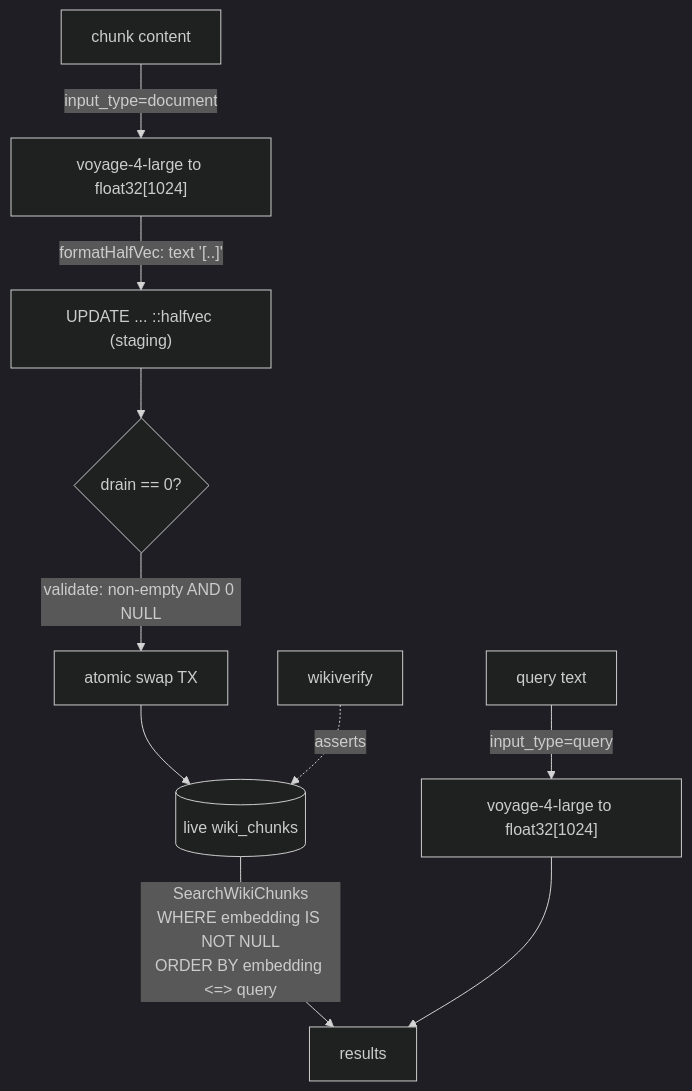
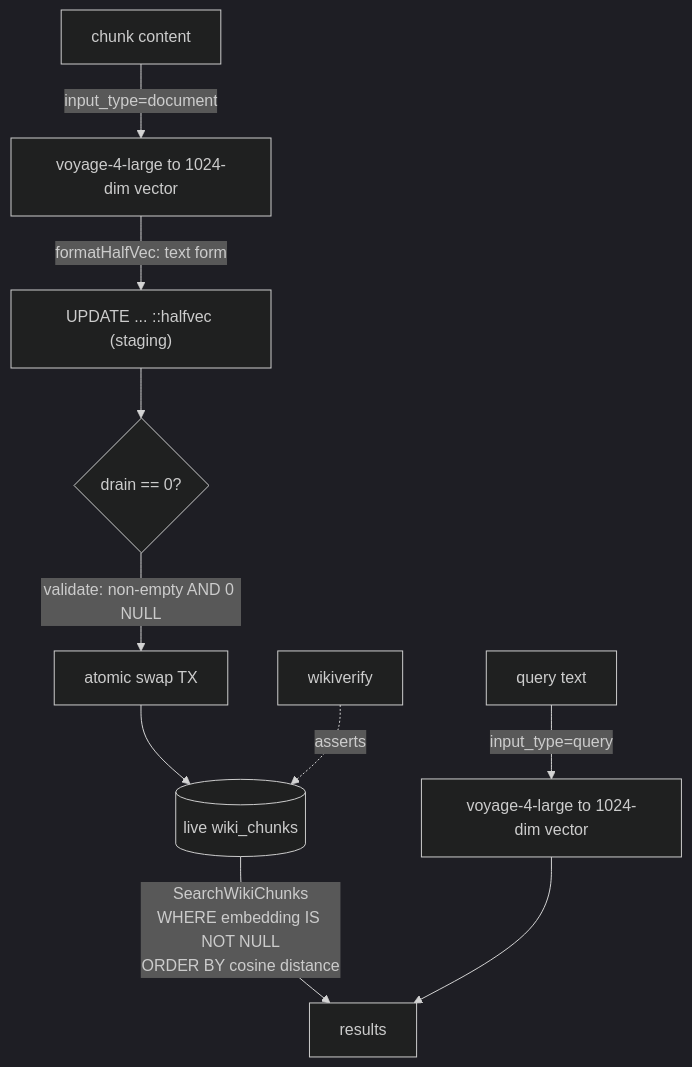
Before and after one commit to verovec/truth-in-stream: the fourth of 4 diagrams in docs/ingestion-pipeline.md, drawn with Mermaid (dark theme). The commit also changed other lines of this file and 1 other file, not shown here.

````diff
--- a/docs/ingestion-pipeline.md
+++ b/docs/ingestion-pipeline.md
@@ -241,11 +241,11 @@
 ```mermaid
 flowchart TD
-    A["chunk content"] -->|"input_type=document"| B["voyage-4-large to float32[1024]"]
-    B -->|"formatHalfVec: text '[..]'"| C["UPDATE ... ::halfvec (staging)"]
-    C --> D{drain == 0?}
+    A["chunk content"] -->|"input_type=document"| B["voyage-4-large to 1024-dim vector"]
+    B -->|"formatHalfVec: text form"| C["UPDATE ... ::halfvec (staging)"]
+    C --> D{"drain == 0?"}
     D -->|"validate: non-empty AND 0 NULL"| E["atomic swap TX"]
     E --> F[("live wiki_chunks")]
-    F -->|"SearchWikiChunks<br/>WHERE embedding IS NOT NULL<br/>ORDER BY embedding &lt;=&gt; query"| G["results"]
-    Q2["query text"] -->|"input_type=query"| H["voyage-4-large to float32[1024]"] --> G
+    F -->|"SearchWikiChunks<br/>WHERE embedding IS NOT NULL<br/>ORDER BY cosine distance"| G["results"]
+    Q2["query text"] -->|"input_type=query"| H["voyage-4-large to 1024-dim vector"] --> G
     I["wikiverify"] -.asserts.-> F
 ```
````
